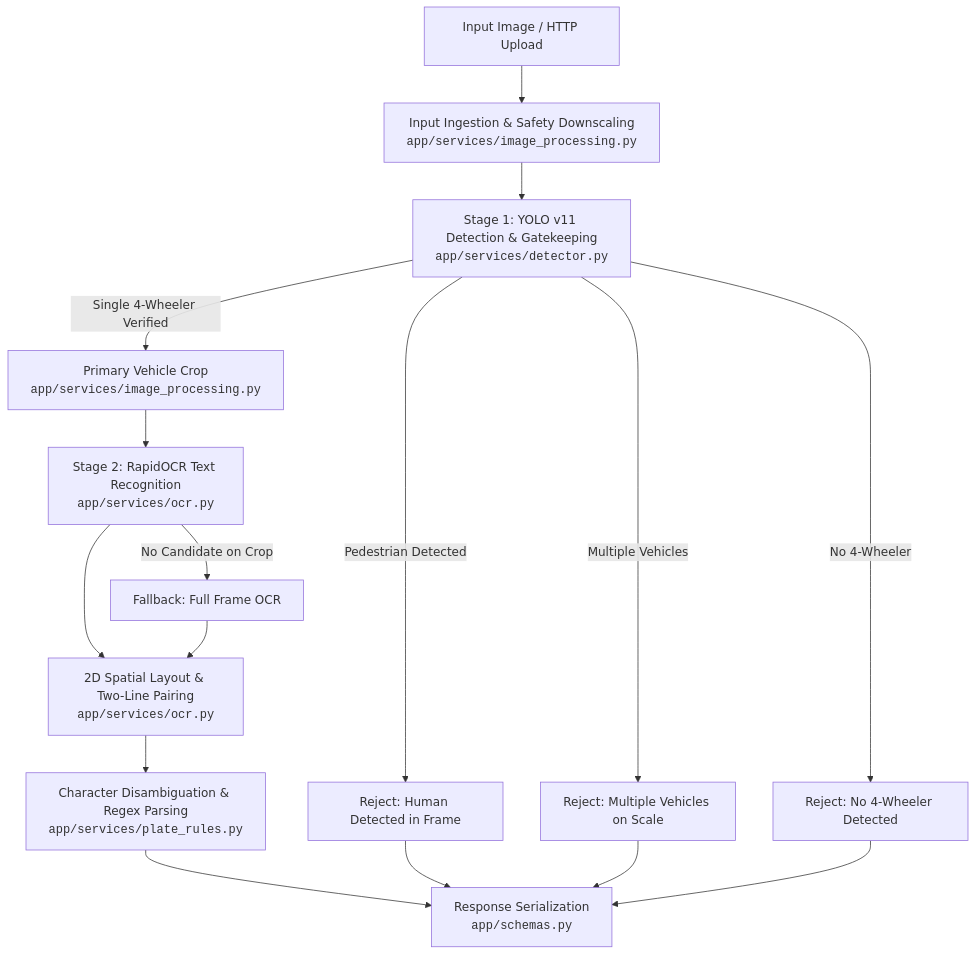
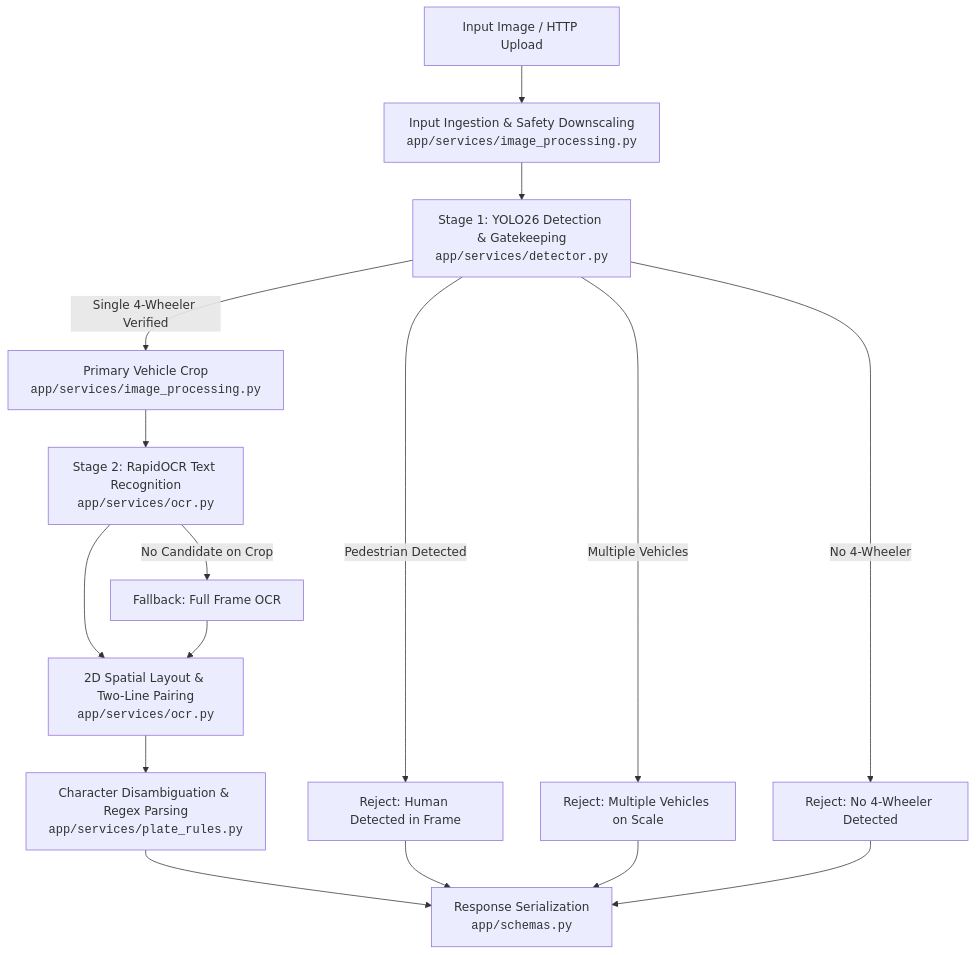
The diagram in docs/ARCHITECTURE.md (dheereshag/argus), drawn with Mermaid before and after one commit. The commit also changed other lines of this file and 16 other files, not shown here.

Commit message:
feat: upgrade YOLO model from v11 to YOLO26 across configuration, services, and documentation

````diff
--- a/docs/ARCHITECTURE.md
+++ b/docs/ARCHITECTURE.md
@@ -23,23 +23,23 @@
 ```mermaid
 flowchart TD
     A[Input Image / HTTP Upload] --> B[Input Ingestion & Safety Downscaling<br/><code>app/services/image_processing.py</code>]
-    B --> C[Stage 1: YOLO v11 Detection & Gatekeeping<br/><code>app/services/detector.py</code>]
+    B --> C[Stage 1: YOLO26 Detection & Gatekeeping<br/><code>app/services/detector.py</code>]
     
     C -- Pedestrian Detected --> R1[Reject: Human Detected in Frame]
     C -- Multiple Vehicles --> R2[Reject: Multiple Vehicles on Scale]
     C -- No 4-Wheeler --> R3[Reject: No 4-Wheeler Detected]
     
     C -- Single 4-Wheeler Verified --> D[Primary Vehicle Crop<br/><code>app/services/image_processing.py</code>]
     
     D --> E[Stage 2: RapidOCR Text Recognition<br/><code>app/services/ocr.py</code>]
     E -- No Candidate on Crop --> E2[Fallback: Full Frame OCR]
     E --> F[2D Spatial Layout & Two-Line Pairing<br/><code>app/services/ocr.py</code>]
     E2 --> F
     
     F --> G[Character Disambiguation & Regex Parsing<br/><code>app/services/plate_rules.py</code>]
     G --> H[Response Serialization<br/><code>app/schemas.py</code>]
     
     R1 --> H
     R2 --> H
     R3 --> H
 ```
````
